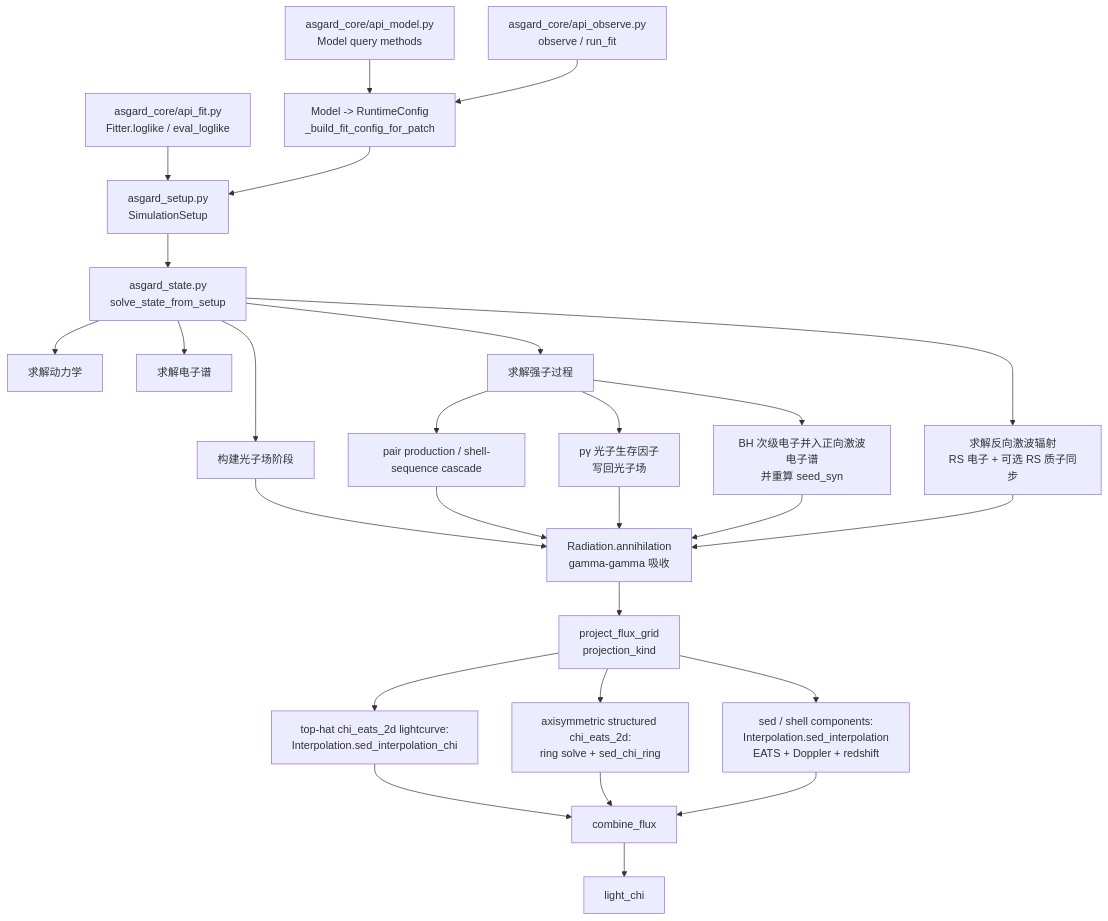
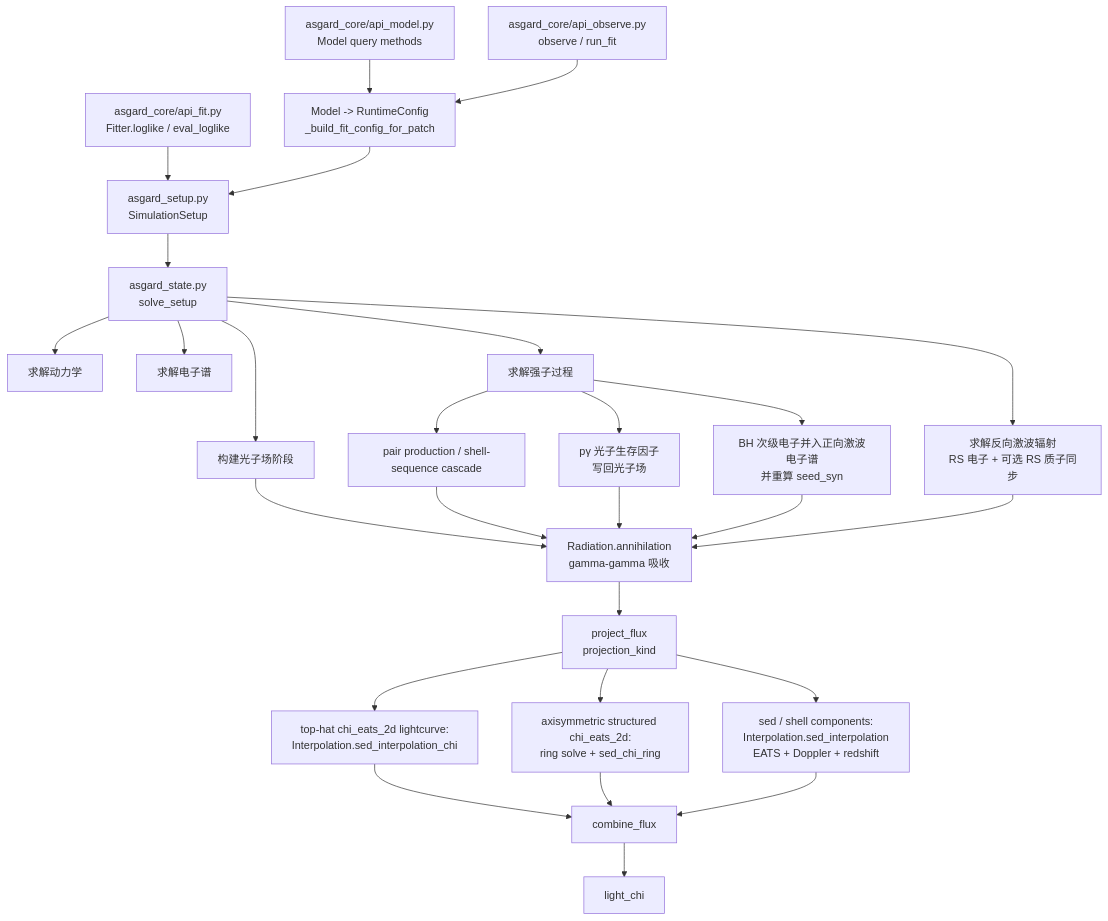
The first of 2 diagrams in doc/call_chain.md (mikuru1096/ASGARD_GRBAfterglow), drawn with Mermaid before and after one commit. The commit also changed other lines of this file and 20 other files, not shown here.

````diff
--- a/doc/call_chain.md
+++ b/doc/call_chain.md
@@ -7,29 +7,29 @@
 ```mermaid
 flowchart TD
     A["asgard_core/api_model.py\nModel query methods"] --> B["Model -> RuntimeConfig\n_build_fit_config_for_patch"]
     X["asgard_core/api_observe.py\nobserve / run_fit"] --> B
     Y["asgard_core/api_fit.py\nFitter.loglike / eval_loglike"] --> S
     B --> S["asgard_setup.py\nSimulationSetup"]
-    S --> D["asgard_state.py\nsolve_state_from_setup"]
+    S --> D["asgard_state.py\nsolve_setup"]
     D --> E["求解动力学"]
     D --> F["求解电子谱"]
     D --> G["求解反向激波辐射\nRS 电子 + 可选 RS 质子同步"]
     D --> H["构建光子场阶段"]
     D --> I["求解强子过程"]
     I --> J["BH 次级电子并入正向激波电子谱\n并重算 seed_syn"]
     I --> K["pγ 光子生存因子\n写回光子场"]
     I --> Q["pair production / shell-sequence cascade"]
     H --> L["Radiation.annihilation\ngamma-gamma 吸收"]
     Q --> L
     K --> L
     J --> L
     G --> L
-    L --> M["project_flux_grid\nprojection_kind"]
+    L --> M["project_flux\nprojection_kind"]
     M --> N["top-hat chi_eats_2d lightcurve:\nInterpolation.sed_interpolation_chi"]
     M --> T["axisymmetric structured chi_eats_2d:\nring solve + sed_chi_ring"]
     M --> R["sed / shell components:\nInterpolation.sed_interpolation\nEATS + Doppler + redshift"]
     N --> O["combine_flux"]
     T --> O
     R --> O
     O --> P["light_chi"]
 ```
````
